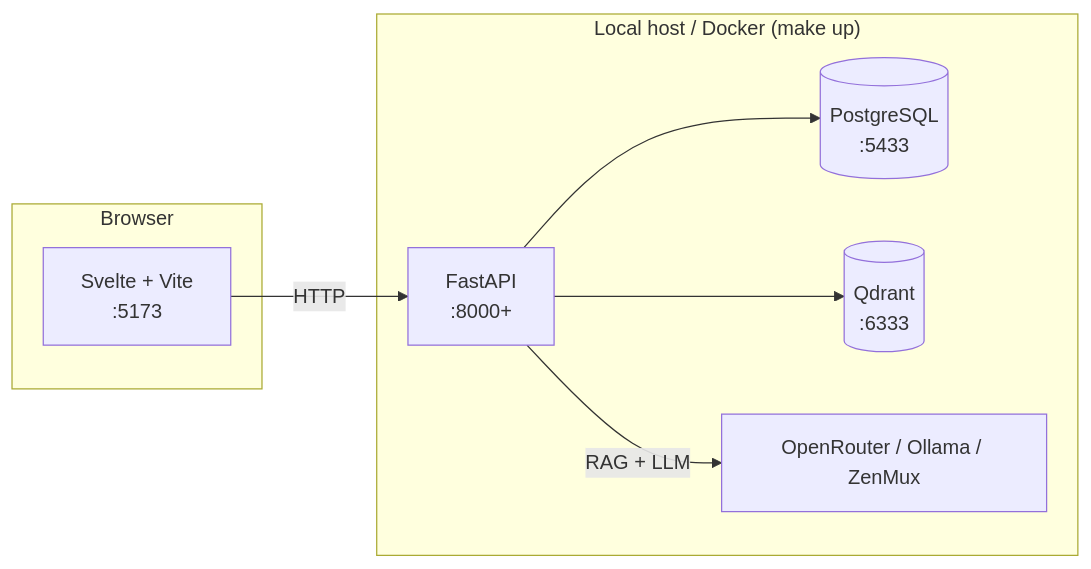
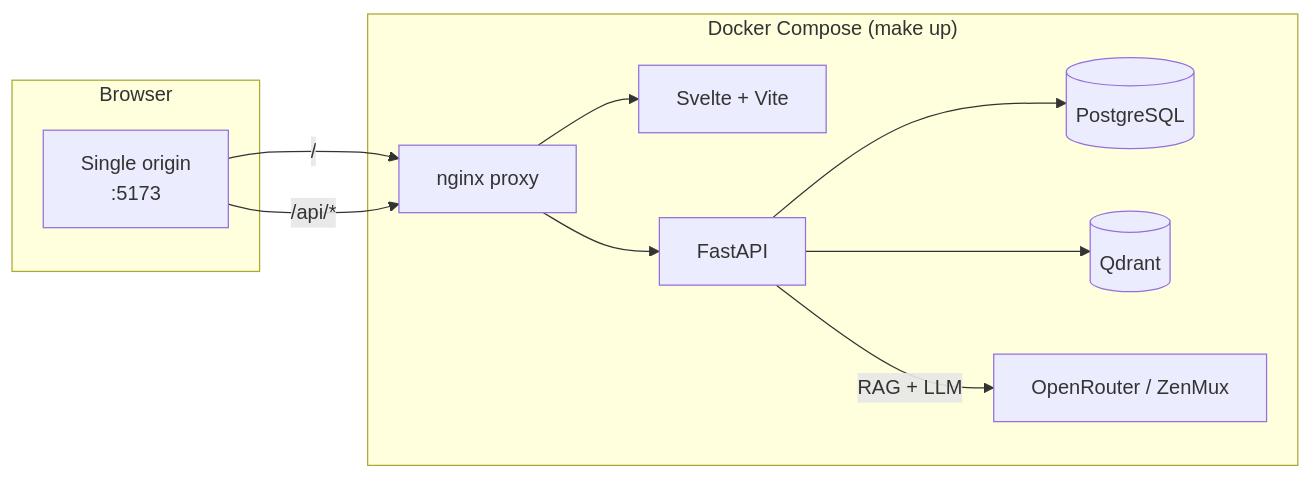
Before and after one commit to leejianrong/qms-incub: the diagram in README.md, drawn with Mermaid. The commit also changed other lines of this file and 14 other files, not shown here.

First line of the commit message:
Containerize backend/frontend behind a single-origin nginx proxy (ADR-0017) (#76)

````diff
--- a/README.md
+++ b/README.md
@@ -45,12 +45,15 @@
 ```mermaid
 flowchart LR
     subgraph Browser
-        FE[Svelte + Vite<br/>:5173]
+        UA[Single origin<br/>:5173]
     end
-    subgraph "Local host / Docker (make up)"
-        FE -->|HTTP| BE[FastAPI<br/>:8000+]
-        BE --> PG[(PostgreSQL<br/>:5433)]
-        BE --> QD[(Qdrant<br/>:6333)]
-        BE -->|RAG + LLM| LLM[OpenRouter / Ollama / ZenMux]
+    subgraph "Docker Compose (make up)"
+        UA -->|"/"| PX[nginx proxy]
+        UA -->|"/api/*"| PX
+        PX --> FE[Svelte + Vite]
+        PX --> BE[FastAPI]
+        BE --> PG[(PostgreSQL)]
+        BE --> QD[(Qdrant)]
+        BE -->|RAG + LLM| LLM[OpenRouter / ZenMux]
     end
 ```
````
